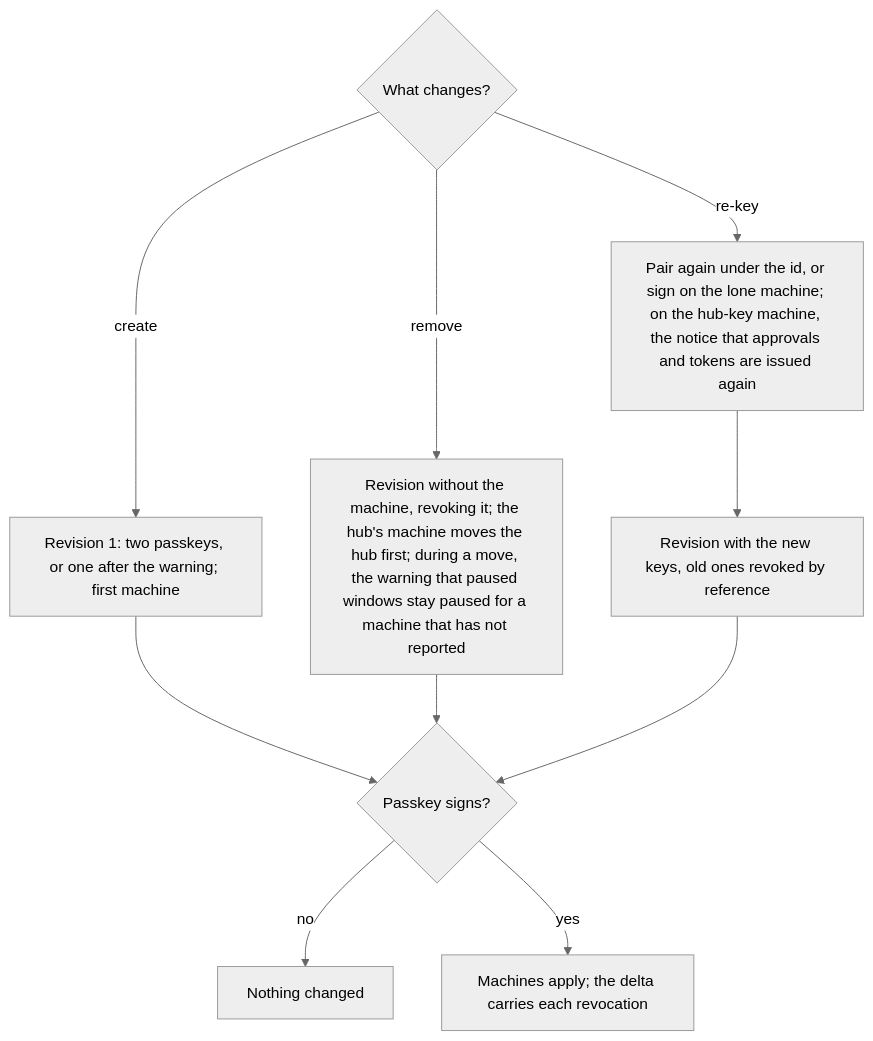
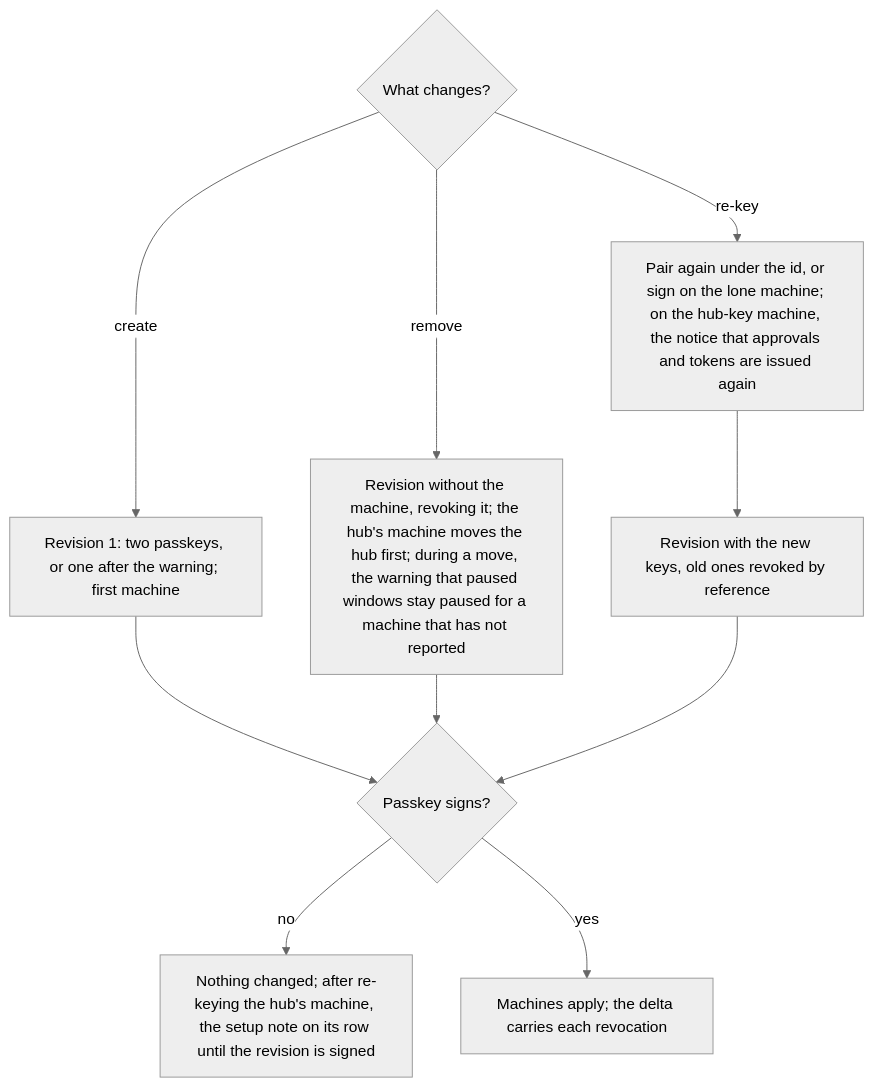
Diagram 20 of 34 in docs/ux/flows.md (passioncode-ai/fabric-agent-contract), drawn with Mermaid (neutral theme) before and after one commit. The commit also changed other lines of this file and 8 other files, not shown here.

First line of the commit message:
CT-172: round-22 findings (the issuer's leaseId duty carried, Consequences, the move's re-issue notice)

````diff
--- a/docs/ux/flows.md
+++ b/docs/ux/flows.md
@@ -496,12 +496,12 @@
 ```mermaid
 flowchart TD
   A{What changes?} -->|create| C[Revision 1: two passkeys, or one after the warning; first machine]
   A -->|remove| R[Revision without the machine, revoking it; the hub's machine moves the hub first; during a move, the warning that paused windows stay paused for a machine that has not reported]
   A -->|re-key| K[Pair again under the id, or sign on the lone machine; on the hub-key machine, the notice that approvals and tokens are issued again]
   K --> N[Revision with the new keys, old ones revoked by reference]
   C --> S{Passkey signs?}
   R --> S
   N --> S
-  S -->|no| X[Nothing changed]
+  S -->|no| X[Nothing changed; after re-keying the hub's machine, the setup note on its row until the revision is signed]
   S -->|yes| P[Machines apply; the delta carries each revocation]
 ```
````
